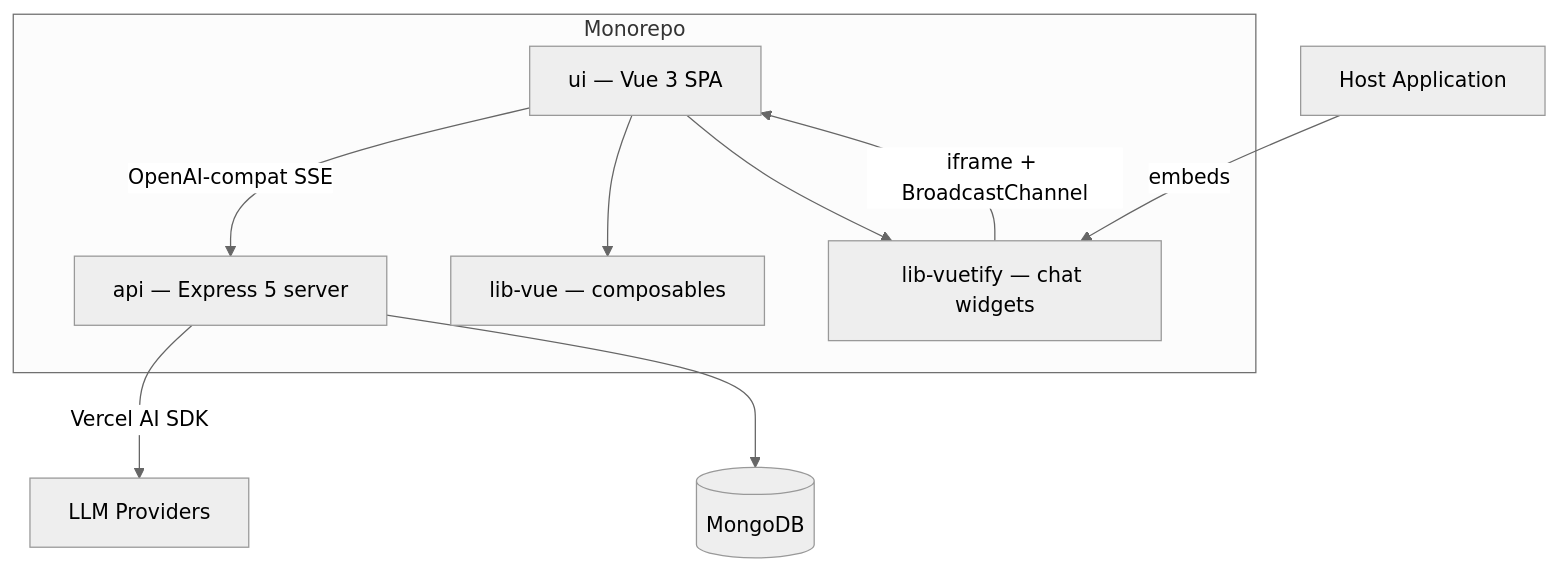
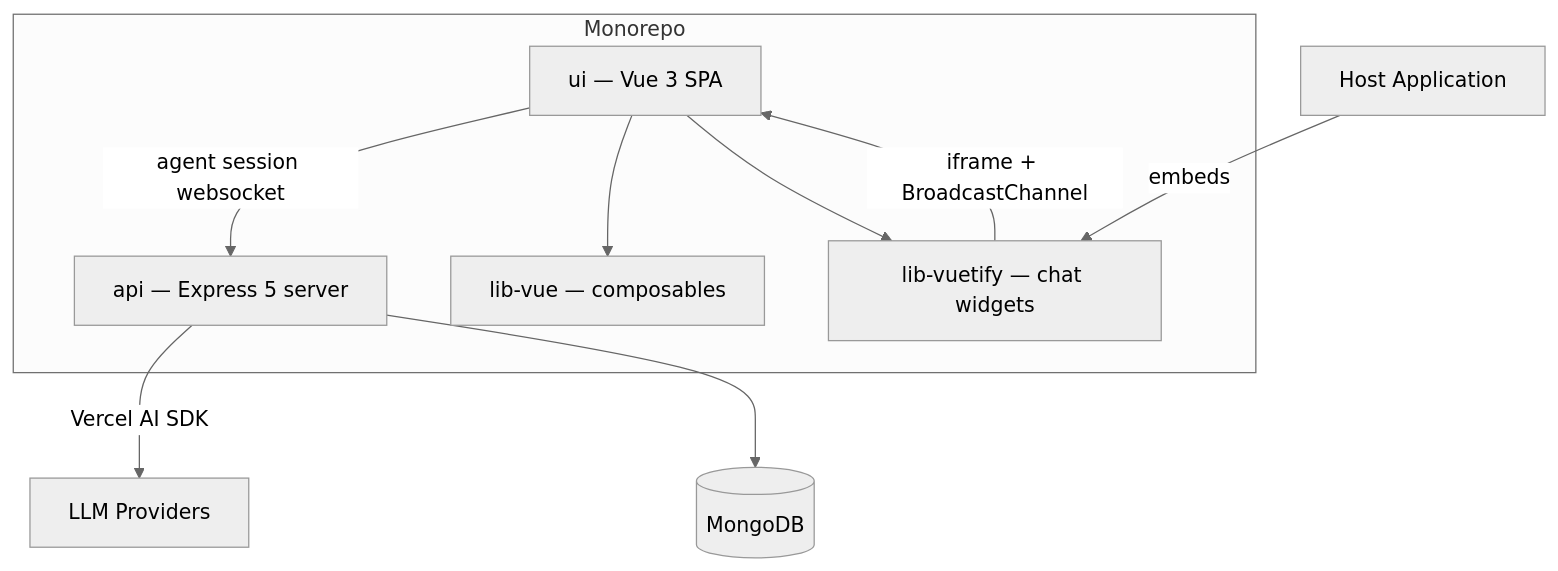
Before and after one commit to data-fair/agents: the diagram in docs/architecture/overview.md, drawn with Mermaid (neutral theme). The commit also changed other lines of this file and 696 other files, not shown here.

````diff
--- a/docs/architecture/overview.md
+++ b/docs/architecture/overview.md
@@ -5,19 +5,19 @@
 ```mermaid
 graph TB
   subgraph Monorepo
     UI[ui — Vue 3 SPA]
     API[api — Express 5 server]
     LV[lib-vue — composables]
     LVT[lib-vuetify — chat widgets]
   end
 
-  UI -->|OpenAI-compat SSE| API
+  UI -->|agent session websocket| API
   UI --> LV
   UI --> LVT
   LVT -->|iframe + BroadcastChannel| UI
 
   API -->|Vercel AI SDK| Providers[LLM Providers]
   API --> MongoDB[(MongoDB)]
 
   HostApp[Host Application] -->|embeds| LVT
 ```
````
